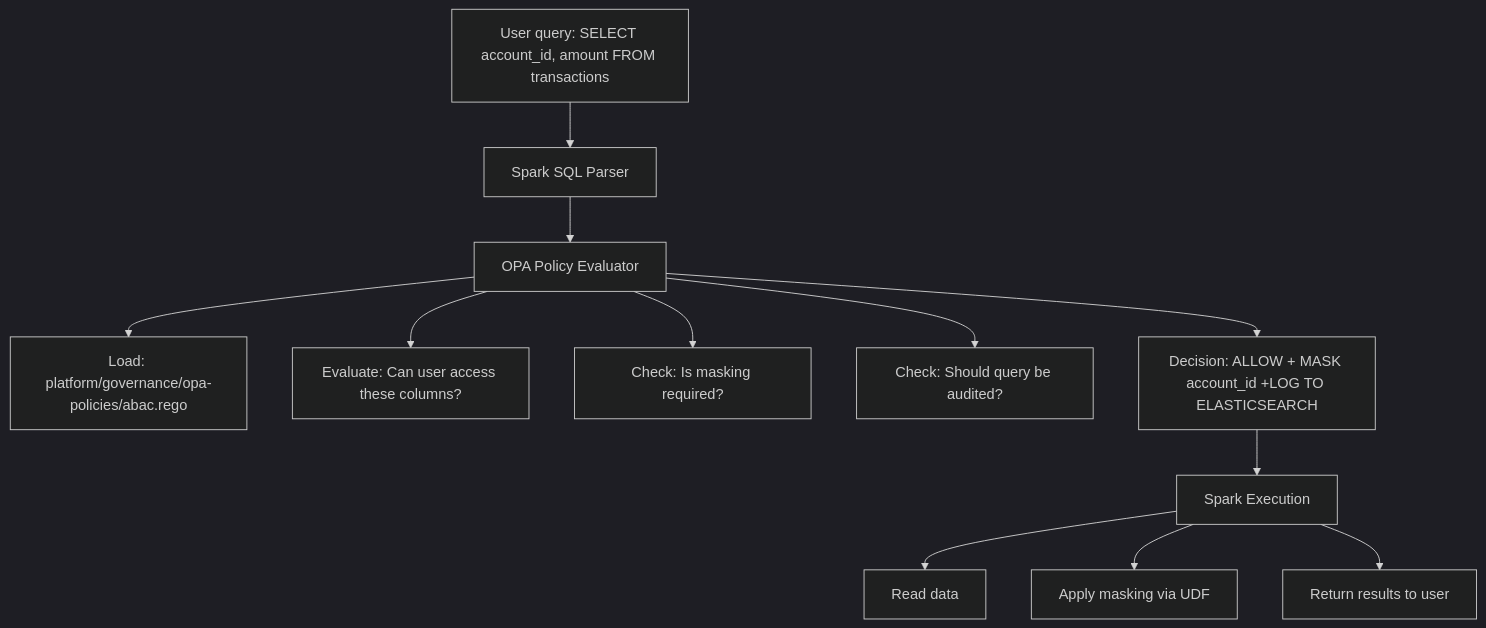
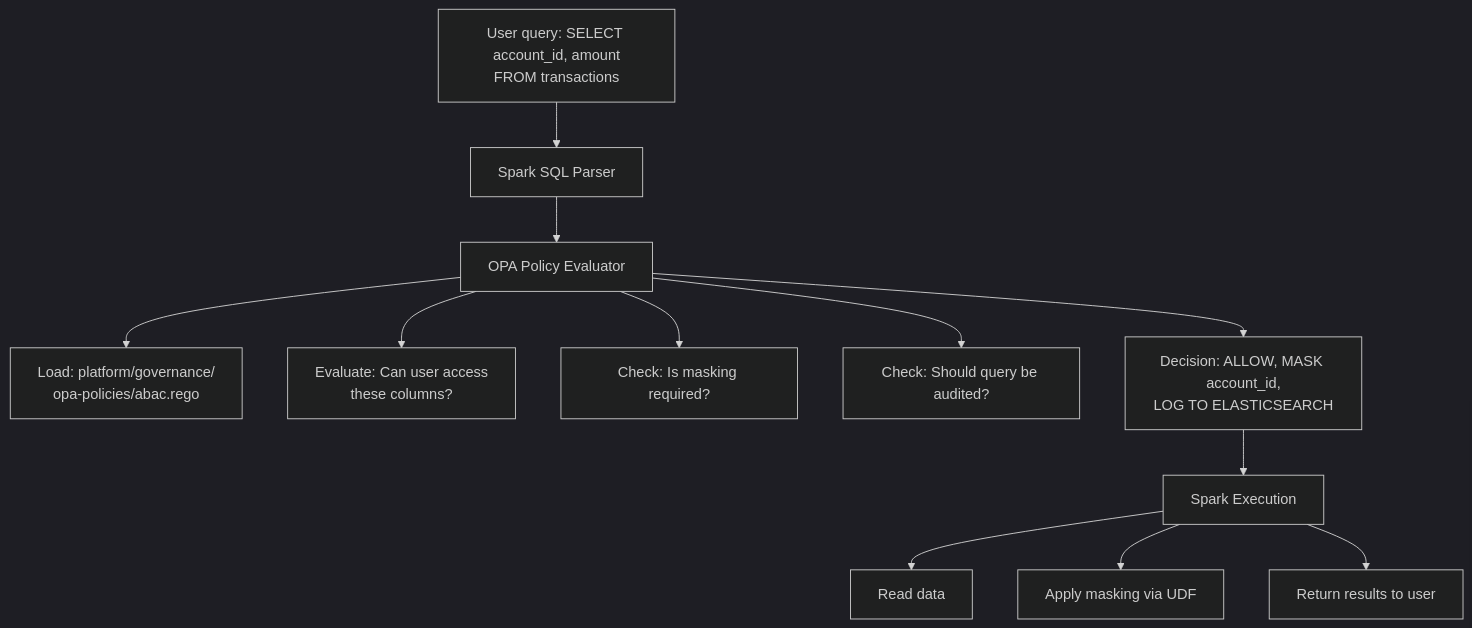
Before and after one commit to naren-chakraview/chakraview-fintech-data-mesh: the diagram in docs/adrs/ADR-0003-governance.md, drawn with Mermaid (dark theme). The commit also changed 21 other files, not shown here.

First line of the commit message:
Fix mermaid diagram rendering issues in fintech data mesh documentation

````diff
--- a/docs/adrs/ADR-0003-governance.md
+++ b/docs/adrs/ADR-0003-governance.md
@@ -28,15 +28,15 @@
 ```mermaid
 graph TD
-    A["User query: SELECT account_id, amount FROM transactions"]
+    A["User query: SELECT account_id, amount<br/>FROM transactions"]
     A --> B["Spark SQL Parser"]
     B --> C["OPA Policy Evaluator"]
-    C --> C1["Load: platform/governance/opa-policies/abac.rego"]
-    C --> C2["Evaluate: Can user access these columns?"]
+    C --> C1["Load: platform/governance/<br/>opa-policies/abac.rego"]
+    C --> C2["Evaluate: Can user access<br/>these columns?"]
     C --> C3["Check: Is masking required?"]
     C --> C4["Check: Should query be audited?"]
-    C --> C5["Decision: ALLOW + MASK account_id +LOG TO ELASTICSEARCH"]
+    C --> C5["Decision: ALLOW, MASK account_id,<br/>LOG TO ELASTICSEARCH"]
     C5 --> D["Spark Execution"]
     D --> D1["Read data"]
     D --> D2["Apply masking via UDF"]
     D --> D3["Return results to user"]
 ```
````
